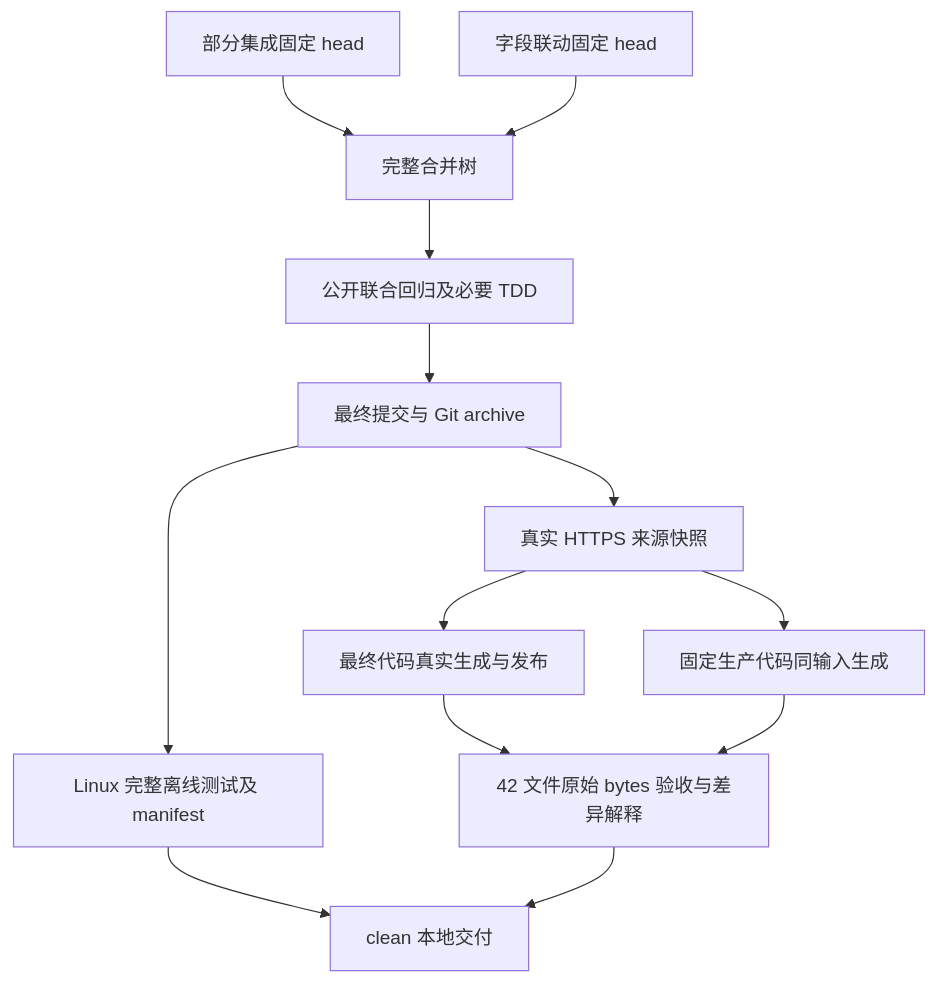
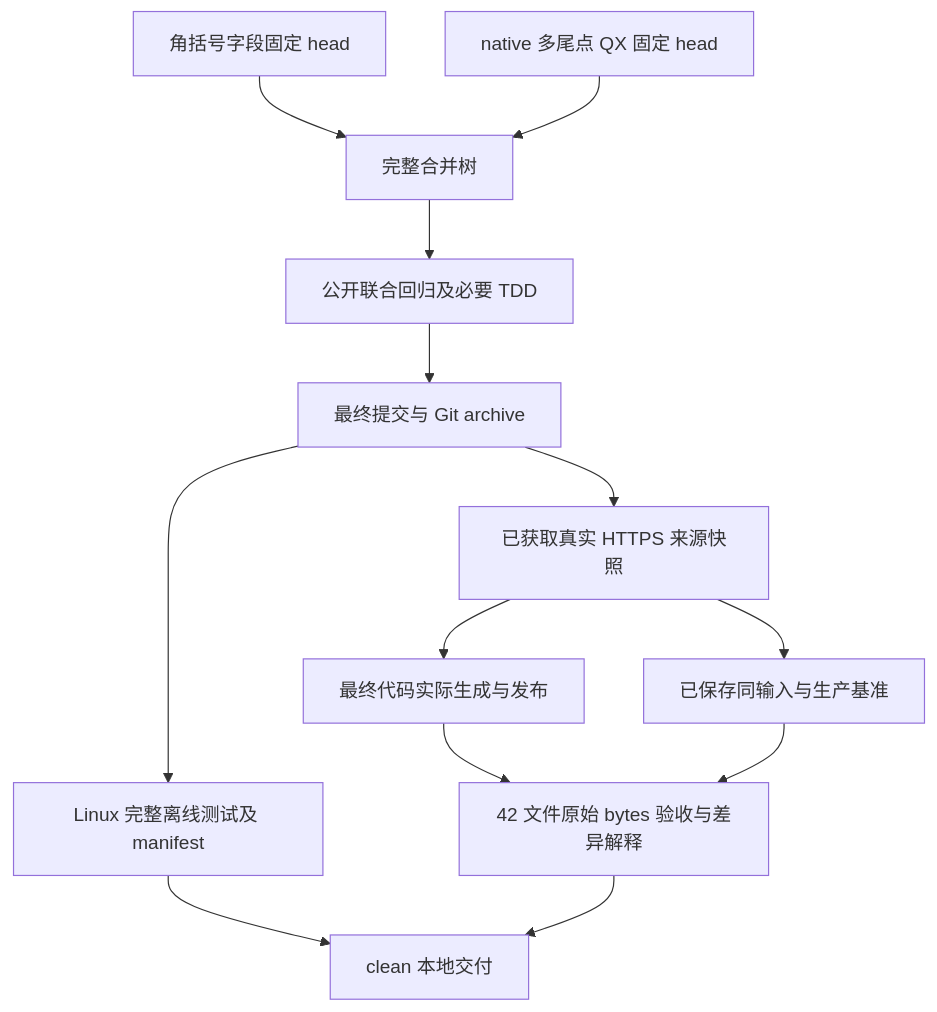
The diagram in docs/superpowers/plans/2026-10-22-functional-integration.md (DoingDog/rconvert), drawn with Mermaid before and after one commit. The commit also changed other lines of this file and 1 other file, not shown here.

````diff
--- a/docs/superpowers/plans/2026-10-22-functional-integration.md
+++ b/docs/superpowers/plans/2026-10-22-functional-integration.md
@@ -46,15 +46,15 @@
 ```mermaid
 flowchart TB
-    A[部分集成固定 head] --> C[完整合并树]
-    B[字段联动固定 head] --> C
+    A[角括号字段固定 head] --> C[完整合并树]
+    B[native 多尾点 QX 固定 head] --> C
     C --> D[公开联合回归及必要 TDD]
     D --> E[最终提交与 Git archive]
     E --> F[Linux 完整离线测试及 manifest]
-    E --> G[真实 HTTPS 来源快照]
-    G --> H[最终代码真实生成与发布]
-    G --> I[固定生产代码同输入生成]
+    E --> G[已获取真实 HTTPS 来源快照]
+    G --> H[最终代码实际生成与发布]
+    G --> I[已保存同输入与生产基准]
     H --> J[42 文件原始 bytes 验收与差异解释]
     I --> J
     F --> K[clean 本地交付]
     J --> K
 ```
````
